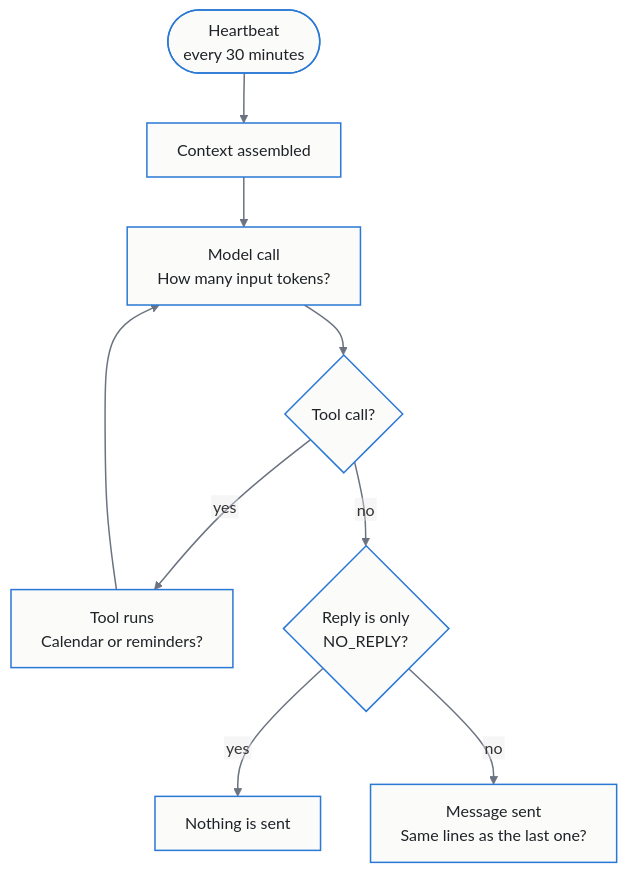
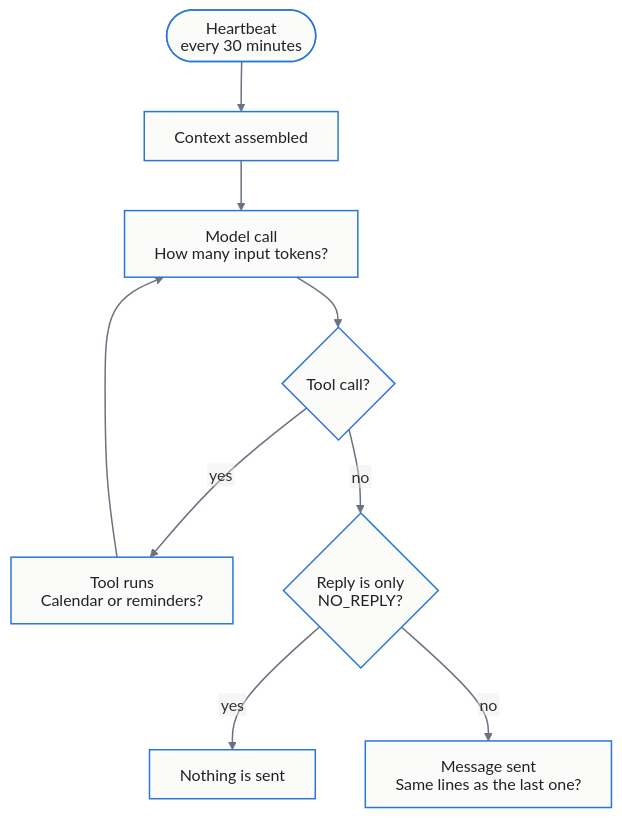
One commit to tildahh/openclaw-analysis changed the third of 3 diagrams in README.md. Above: the diagram before and after it, drawn with Mermaid. The commit also changed other lines of this file, not shown here.

First line of the commit message:
Use SVG diagram labels and rename the deterministic checks

````diff
--- a/README.md
+++ b/README.md
@@ -263,14 +263,14 @@
 ```mermaid
-%%{init: {"flowchart": {"htmlLabels": false}} }%%
+%%{init: {"htmlLabels": false, "flowchart": {"htmlLabels": false}}}%%
 flowchart TD
     T(["Heartbeat<br/>every 30 minutes"]) --> C["Context assembled"]
     C --> M["Model call<br/>How many input tokens?"]
     M --> Q{"Tool call?"}
     Q -- yes --> TL["Tool runs<br/>Calendar or reminders?"]
     TL --> M
     Q -- no --> R{"Reply is only<br/>NO_REPLY?"}
     R -- yes --> S["Nothing is sent"]
     R -- no --> D["Message sent<br/>Same lines as the last one?"]
     classDef default fill:#FBFBF9,stroke:#2A78D6,stroke-width:1.5px,color:#1F2328
     linkStyle default stroke:#6B7280,stroke-width:1.5px
 ```
````
